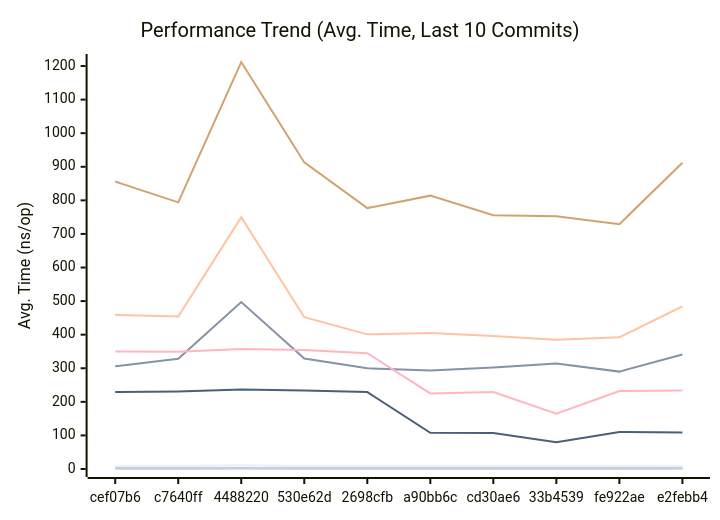
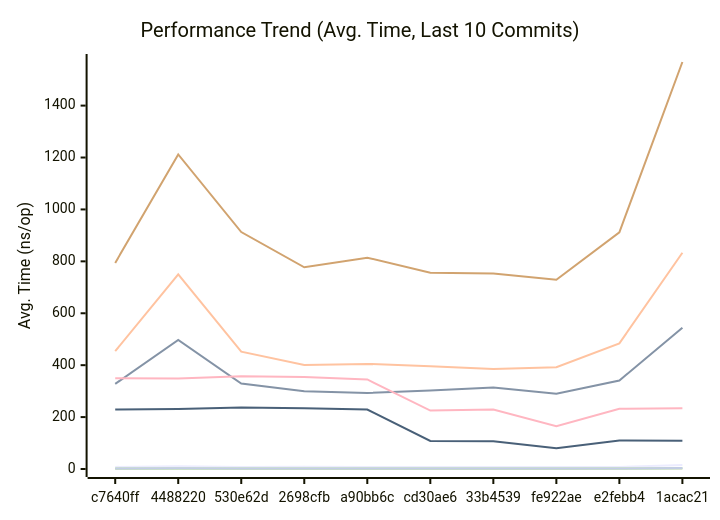
Before and after one commit to alsotoes/momo: the first of 3 diagrams in docs/PERFORMANCE.md, drawn with Mermaid. The commit also changed other lines of this file and 5 other files, not shown here.

````diff
--- a/docs/PERFORMANCE.md
+++ b/docs/PERFORMANCE.md
@@ -80,16 +80,16 @@
 ```mermaid
 xychart-beta
     title "Performance Trend (Avg. Time, Last 10 Commits)"
     x-axis "Commit"
     y-axis "Avg. Time (ns/op)"
-    x-axis [cef07b6,c7640ff,4488220,530e62d,2698cfb,a90bb6c,cd30ae6,33b4539,fe922ae,e2febb4]
-    line "CheckMetricsAndSwap" [8,8,11,8,9,8,8,8,8,8]
-    line "CrushOptimized" [306,328,497,329,300,293,302,314,290,341]
-    line "CrushOriginal" [459,454,750,452,401,405,396,385,392,484]
-    line "IndexDirectTracking" [0,0,1,0,0,0,0,0,0,1]
-    line "IndexSearch" [2,2,2,2,2,2,2,2,2,2]
-    line "LoadGlobalConfig" [856,794,1212,913,777,814,756,753,729,912]
-    line "PadString" [2,2,3,2,2,2,2,2,2,2]
+    x-axis [c7640ff,4488220,530e62d,2698cfb,a90bb6c,cd30ae6,33b4539,fe922ae,e2febb4,1acac21]
+    line "CheckMetricsAndSwap" [8,11,8,9,8,8,8,8,8,15]
+    line "CrushOptimized" [328,497,329,300,293,302,314,290,341,544]
+    line "CrushOriginal" [454,750,452,401,405,396,385,392,484,833]
+    line "IndexDirectTracking" [0,1,0,0,0,0,0,0,1,1]
+    line "IndexSearch" [2,2,2,2,2,2,2,2,2,3]
+    line "LoadGlobalConfig" [794,1212,913,777,814,756,753,729,912,1568]
+    line "PadString" [2,3,2,2,2,2,2,2,2,4]
     line "ParseReplicationOrder_NoPrealloc" [350,349,357,354,345,225,229,165,232,234]
     line "ParseReplicationOrder_Prealloc" [229,231,237,234,229,108,107,80,110,109]
 ```
````
